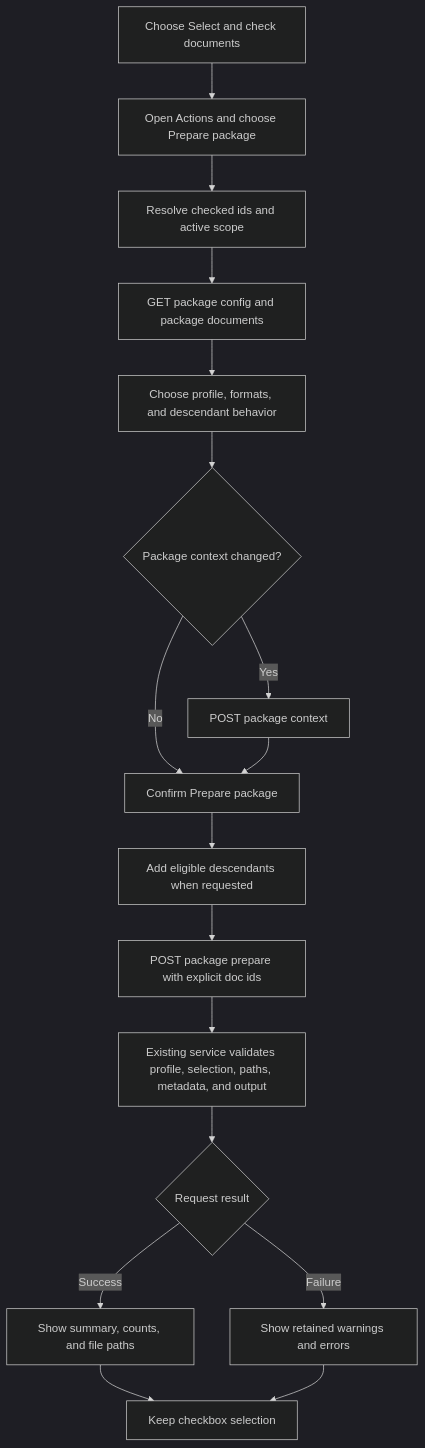
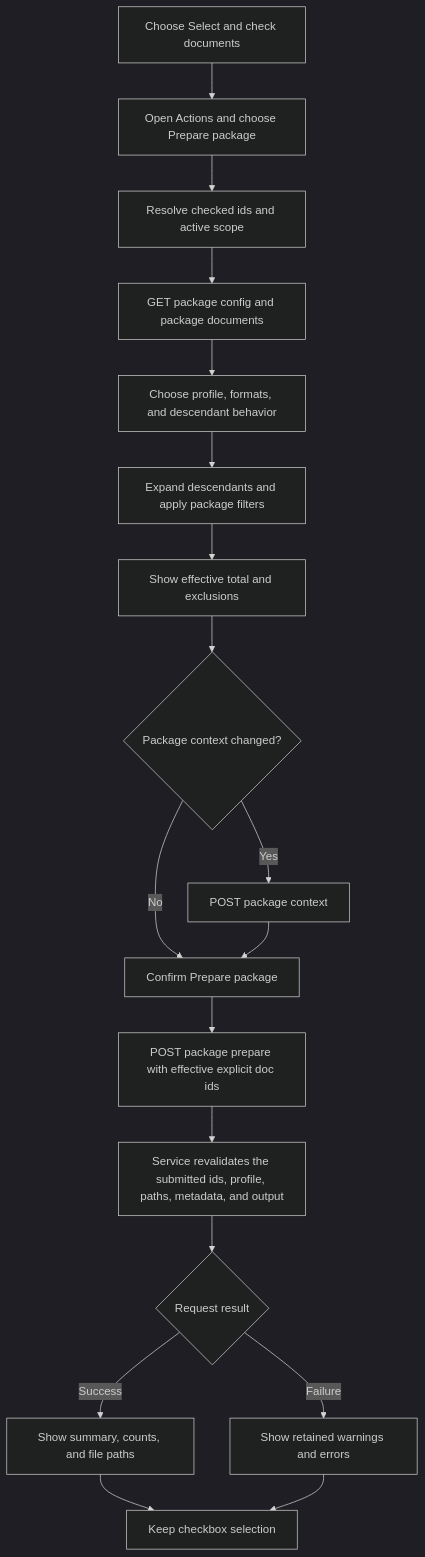
Before and after one commit to dotlineform/dotlineform-site: the diagram in docs-viewer/scopes/studio/source/documents/d-20260722-151224-7b61c4.md, drawn with Mermaid (dark theme). The commit also changed other lines of this file and 20 other files, not shown here.

````diff
--- a/docs-viewer/scopes/studio/source/documents/d-20260722-151224-7b61c4.md
+++ b/docs-viewer/scopes/studio/source/documents/d-20260722-151224-7b61c4.md
@@ -47,21 +63,22 @@
 ```mermaid
 flowchart TD
   accTitle: Prepare package user and service workflow
   accDescr: Checked documents and the active scope enter one compact workflow which uses the existing document package endpoints and leaves selection unchanged.
   selectDocs[Choose Select and check documents] --> openAction[Open Actions and choose Prepare package]
   openAction --> resolveTarget[Resolve checked ids and active scope]
   resolveTarget --> readOptions[GET package config and package documents]
   readOptions --> options[Choose profile, formats, and descendant behavior]
-  options --> editContext{Package context changed?}
+  options --> projectTarget[Expand descendants and apply package filters]
+  projectTarget --> showTotal[Show effective total and exclusions]
+  showTotal --> editContext{Package context changed?}
   editContext -->|Yes| saveContext[POST package context]
   editContext -->|No| confirm[Confirm Prepare package]
   saveContext --> confirm
-  confirm --> expandIds[Add eligible descendants when requested]
-  expandIds --> prepare[POST package prepare with explicit doc ids]
-  prepare --> validate[Existing service validates profile, selection, paths, metadata, and output]
+  confirm --> prepare[POST package prepare with effective explicit doc ids]
+  prepare --> validate[Service revalidates the submitted ids, profile, paths, metadata, and output]
   validate --> result{Request result}
   result -->|Success| success[Show summary, counts, and file paths]
   result -->|Failure| failure[Show retained warnings and errors]
   success --> unchanged[Keep checkbox selection]
   failure --> unchanged
 ```
````
